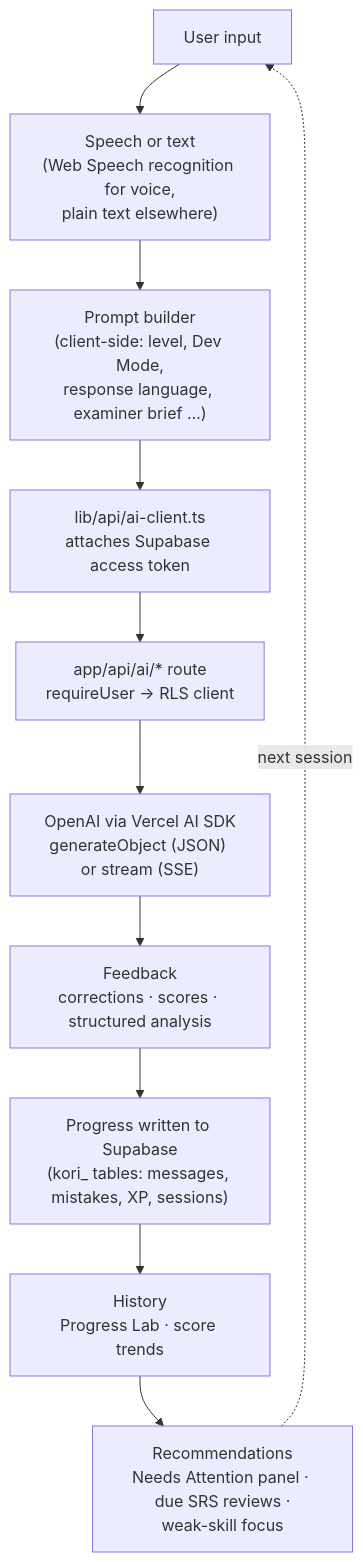
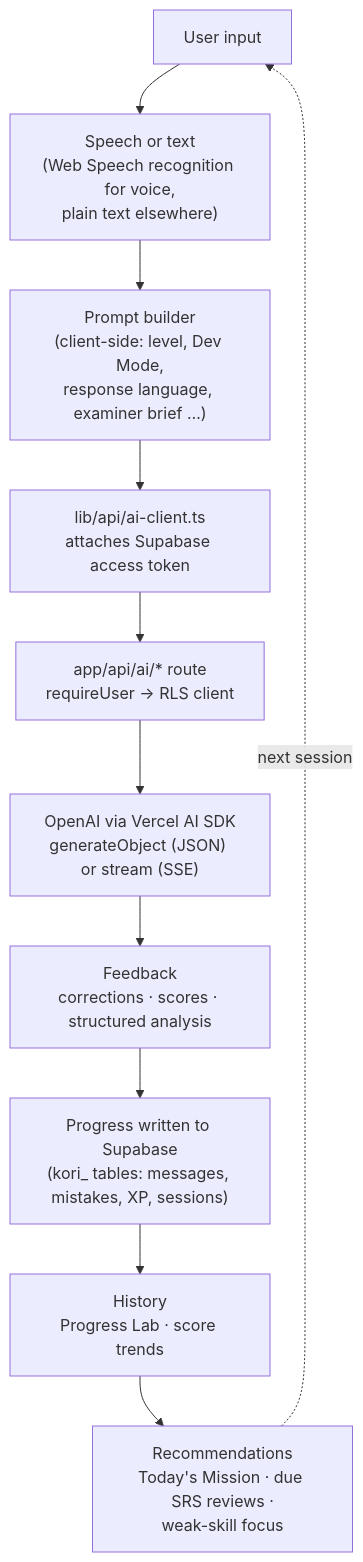
The second of 4 diagrams in README.md (Hen-Heang/koriai-frontend), drawn with Mermaid before and after one commit. The commit also changed other lines of this file and 38 other files, not shown here.

````diff
--- a/README.md
+++ b/README.md
@@ -230,13 +233,13 @@
 ```mermaid
 flowchart TD
     U[User input] --> ST["Speech or text<br/>(Web Speech recognition for voice,<br/>plain text elsewhere)"]
     ST --> PB["Prompt builder<br/>(client-side: level, Dev Mode,<br/>response language, examiner brief …)"]
     PB --> AC["lib/api/ai-client.ts<br/>attaches Supabase access token"]
     AC --> RT["app/api/ai/* route<br/>requireUser → RLS client"]
     RT --> AI["OpenAI via Vercel AI SDK<br/>generateObject (JSON) or stream (SSE)"]
     AI --> FB["Feedback<br/>corrections · scores · structured analysis"]
     FB --> PR["Progress written to Supabase<br/>(kori_ tables: messages, mistakes, XP, sessions)"]
     PR --> H["History<br/>Progress Lab · score trends"]
-    H --> RC["Recommendations<br/>Needs Attention panel · due SRS reviews ·<br/>weak-skill focus"]
+    H --> RC["Recommendations<br/>Today's Mission · due SRS reviews ·<br/>weak-skill focus"]
     RC -.->|next session| U
 ```
````
